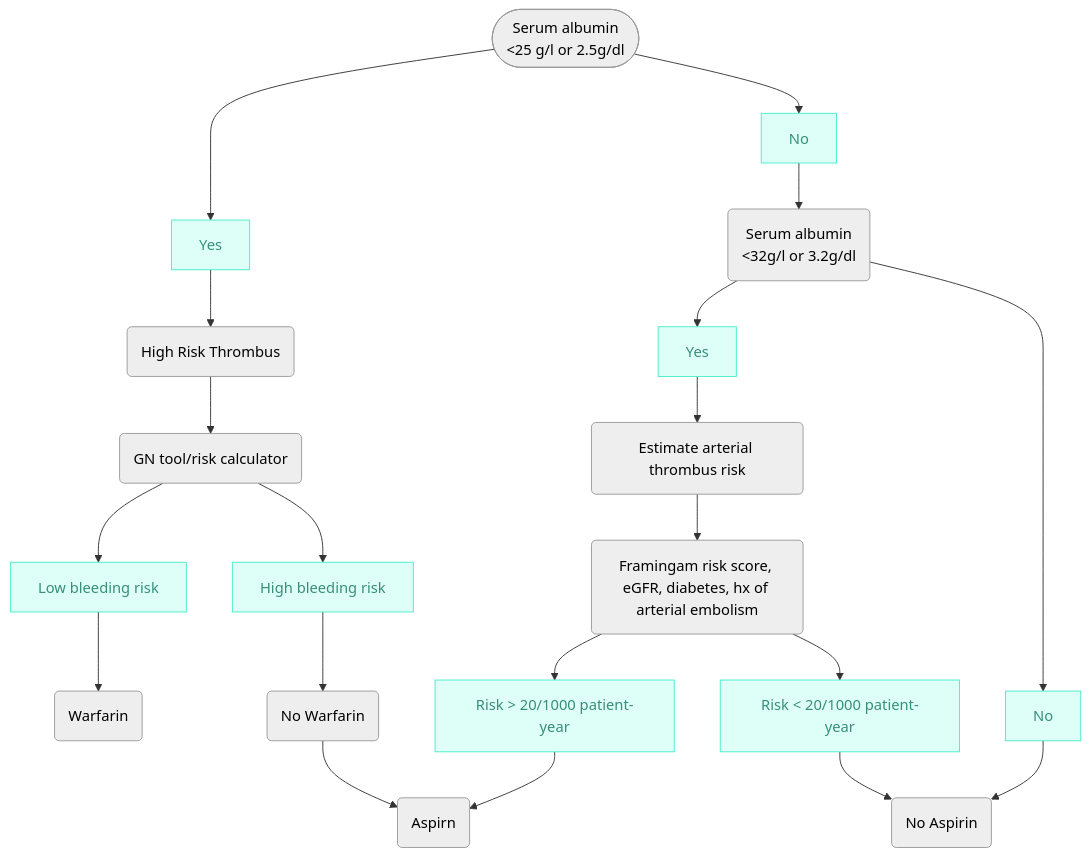
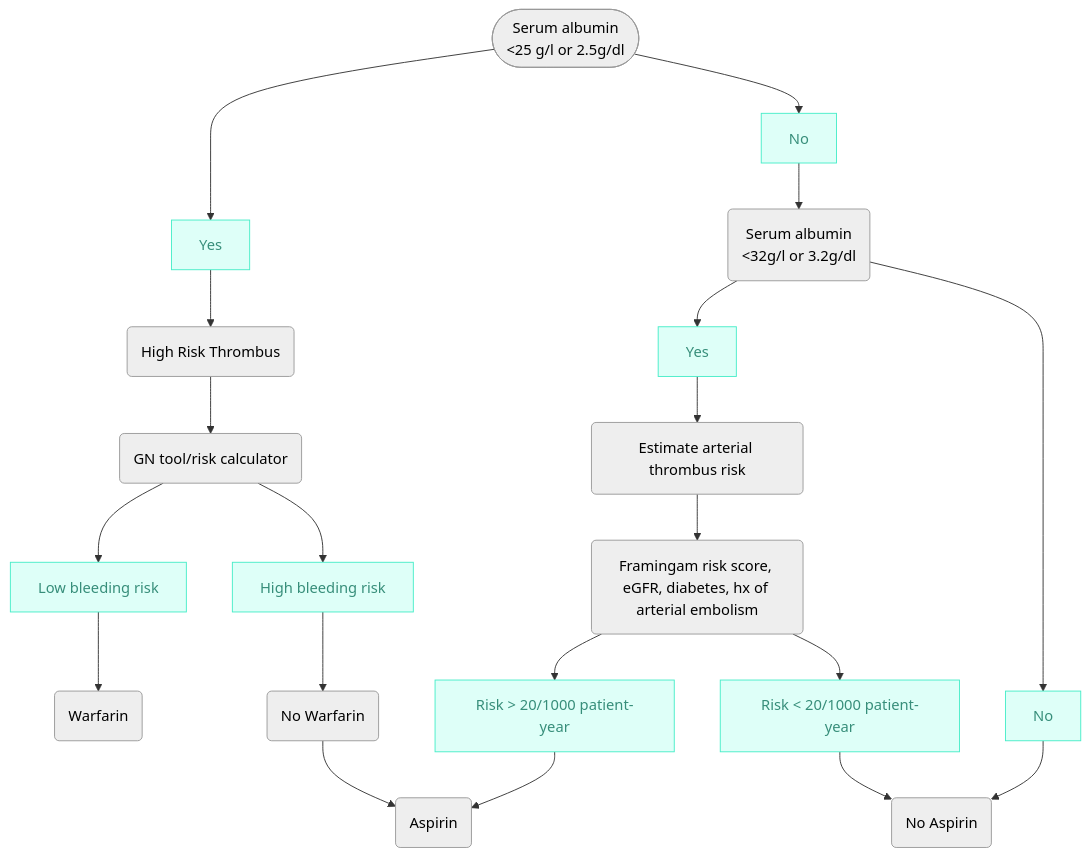
The diagram in docs/Prophylaxis.md (TTUNEPH2025/GN), drawn with Mermaid before and after one commit. The commit also changed other lines of this file, not shown here.

````diff
--- a/docs/Prophylaxis.md
+++ b/docs/Prophylaxis.md
@@ -31,50 +31,50 @@
 ```mermaid
 flowchart TD
     A(["Serum albumin
         &lt;25 g/l or 2.5g/dl"]) --> n17["Yes"] & n18["No"]
     B["High Risk Thrombus"] --> C["GN tool/risk calculator"]
     n1["Serum albumin
     &lt;32g/l or 3.2g/dl"] --> n21["Yes"] & n22["No"]
     n2["Estimate arterial thrombus risk"] --> n3["Framingam risk score, eGFR, diabetes, hx of arterial embolism"]
     C --> n19["Low bleeding risk"] & n20["High bleeding risk"]
     n3 --> n23["Risk > 20/1000 patient-year"] & n24["Risk &lt; 20/1000 patient-year"]
-    n5["No Warfarin"] --> n6["Aspirn"]
+    n5["No Warfarin"] --> n6["Aspirin"]
     n17 --> B
     n18 --> n1
     n19 --> n4["Warfarin"]
     n20 --> n5
     n21 --> n2
     n22 --> n7["No Aspirin"]
     n24 --> n7
     n23 --> n6
     B@{ shape: rounded}
     C@{ shape: rounded}
     n1@{ shape: rounded}
     n2@{ shape: rounded}
     n3@{ shape: rounded}
     n5@{ shape: rounded}
     n6@{ shape: rounded}
     n4@{ shape: rounded}
     n7@{ shape: rounded}
      A:::Ash
      n17:::Aqua
      n18:::Aqua
      B:::Ash
      C:::Ash
      n1:::Ash
      n21:::Aqua
      n22:::Aqua
      n2:::Ash
      n3:::Ash
      n19:::Aqua
      n20:::Aqua
      n23:::Aqua
      n24:::Aqua
      n5:::Ash
      n6:::Ash
      n4:::Ash
      n7:::Ash
     classDef Aqua stroke-width:1px, stroke-dasharray:none, stroke:#46EDC8, fill:#DEFFF8, color:#378E7A
     classDef Pine stroke-width:1px, stroke-dasharray:none, stroke:#254336, fill:#27654A, color:#FFFFFF
     classDef Ash stroke-width:1px, stroke-dasharray:none, stroke:#999999, fill:#EEEEEE, color:#000000
 ```
````
